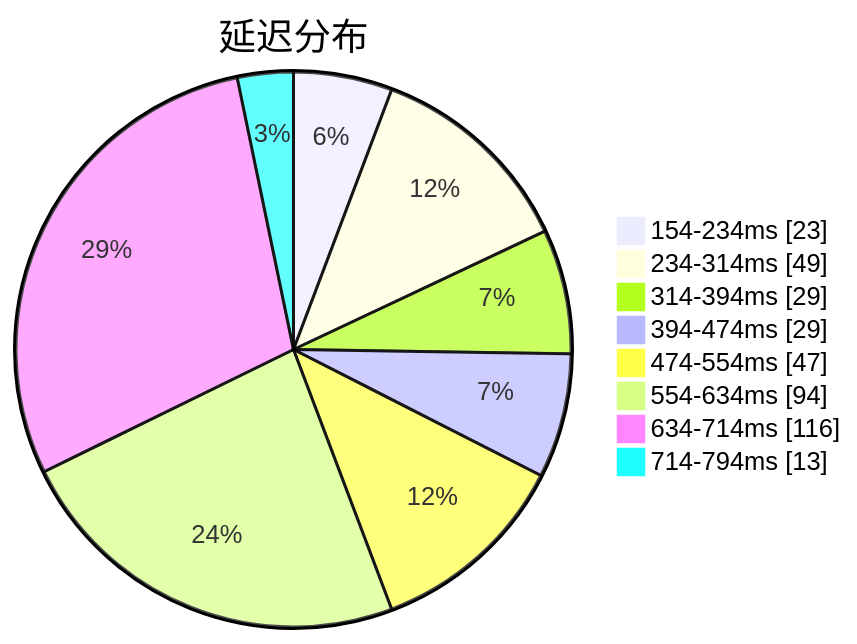
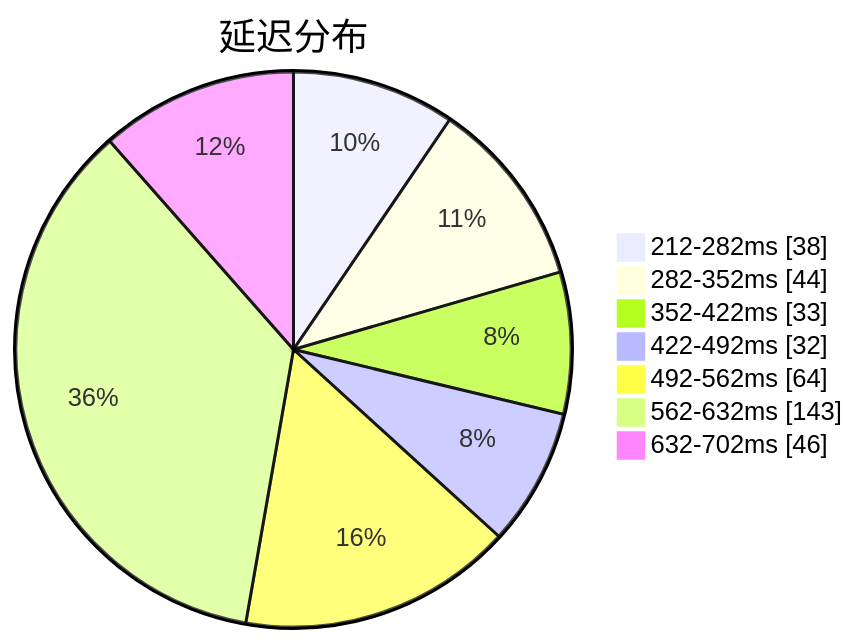
One commit to qjlxg/airport changed the first of 3 diagrams in subs/statistics/tested_within.md. Above: the diagram before and after it, drawn with Mermaid. The commit also changed other lines of this file and 2 other files, not shown here.

Commit message:
Tested by metaST

````diff
--- a/subs/statistics/tested_within.md
+++ b/subs/statistics/tested_within.md
@@ -2,12 +2,11 @@
 ```mermaid
 pie showData
 title 延迟分布
-"154-234ms" : 23
-"234-314ms" : 49
-"314-394ms" : 29
-"394-474ms" : 29
-"474-554ms" : 47
-"554-634ms" : 94
-"634-714ms" : 116
-"714-794ms" : 13
+"212-282ms" : 38
+"282-352ms" : 44
+"352-422ms" : 33
+"422-492ms" : 32
+"492-562ms" : 64
+"562-632ms" : 143
+"632-702ms" : 46
 ```
````
